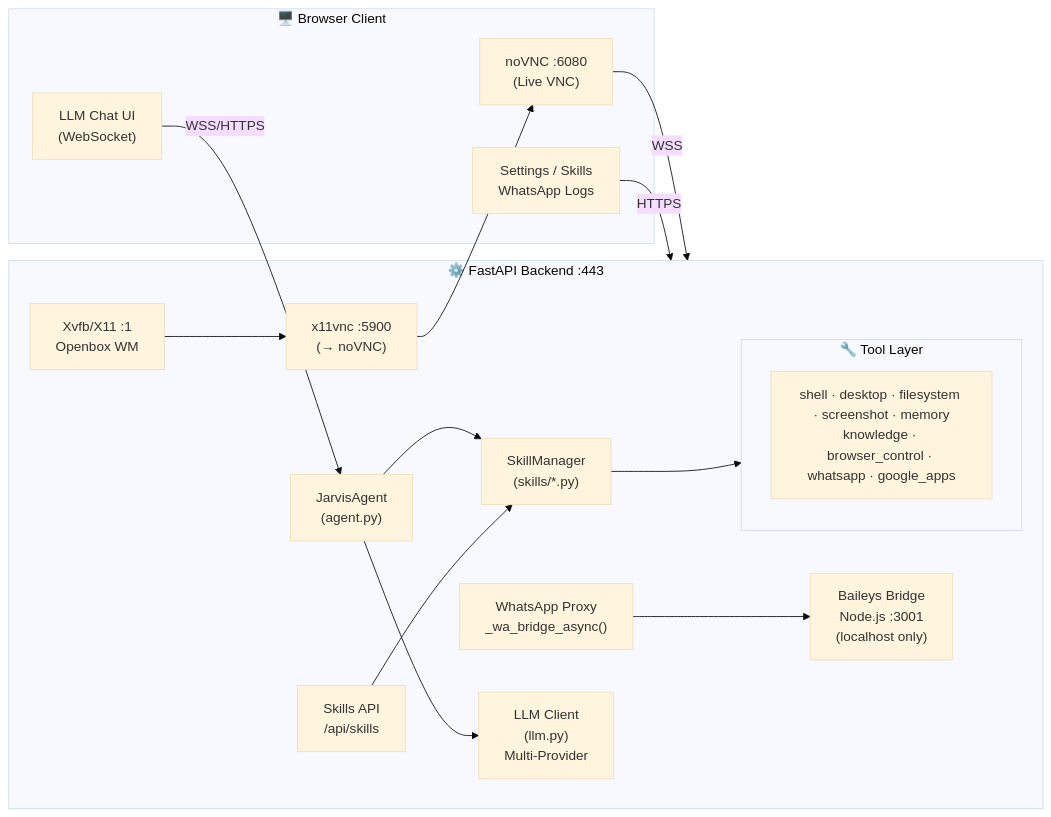
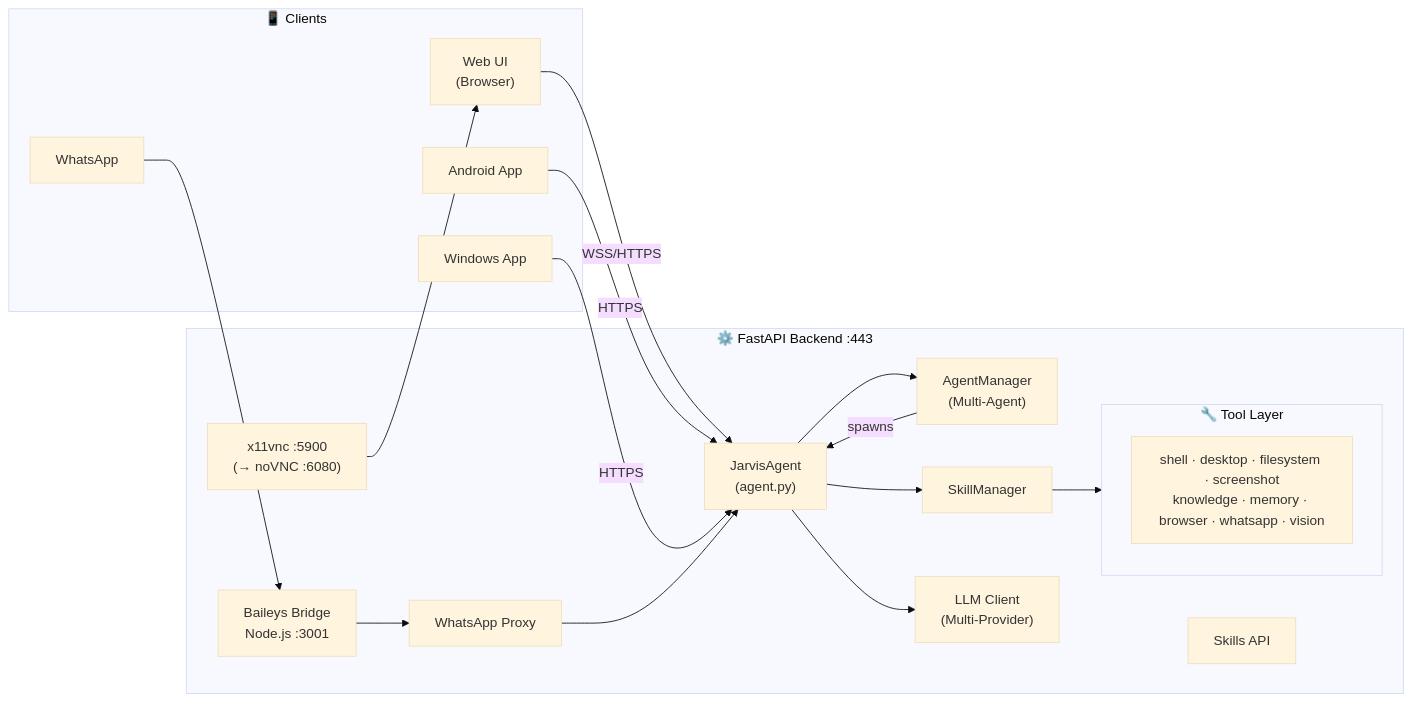
Before and after one commit to dev-core-busy/jarvis: the diagram in README.md, drawn with Mermaid (base theme). The commit also changed other lines of this file, not shown here.

````diff
--- a/README.md
+++ b/README.md
@@ -99,36 +130,36 @@
 ```mermaid
 flowchart LR
-    subgraph Browser["🖥️ Browser Client"]
-        Chat["LLM Chat UI\n(WebSocket)"]
-        NOVNC["noVNC :6080\n(Live VNC)"]
-        UI["Settings / Skills\nWhatsApp Logs"]
+    subgraph Clients["📱 Clients"]
+        WebUI["Web UI\n(Browser)"]
+        AndroidApp["Android App"]
+        WindowsApp["Windows App"]
+        WA["WhatsApp"]
     end
 
     subgraph Backend["⚙️ FastAPI Backend :443"]
         Agent["JarvisAgent\n(agent.py)"]
-        SkillsAPI["Skills API\n/api/skills"]
-        WAProxy["WhatsApp Proxy\n_wa_bridge_async()"]
-        SkillMgr["SkillManager\n(skills/*.py)"]
-        Bridge["Baileys Bridge\nNode.js :3001\n(localhost only)"]
+        AgentMgr["AgentManager\n(Multi-Agent)"]
+        SkillsAPI["Skills API"]
+        WAProxy["WhatsApp Proxy"]
+        SkillMgr["SkillManager"]
 
         subgraph Tools["🔧 Tool Layer"]
-            ToolList["shell · desktop · filesystem · screenshot · memory\nknowledge · browser_control · whatsapp · google_apps"]
+            ToolList["shell · desktop · filesystem · screenshot\nknowledge · memory · browser · whatsapp · vision"]
         end
 
-        LLM["LLM Client\n(llm.py)\nMulti-Provider"]
-        VNCServer["x11vnc :5900\n(→ noVNC)"]
-        Xvfb["Xvfb/X11 :1\nOpenbox WM"]
+        LLM["LLM Client\n(Multi-Provider)"]
+        VNCServer["x11vnc :5900\n(→ noVNC :6080)"]
+        Bridge["Baileys Bridge\nNode.js :3001"]
     end
 
-    Chat -->|WSS/HTTPS| Agent
-    NOVNC -->|WSS| Backend
-    UI -->|HTTPS| Backend
+    WebUI -->|WSS/HTTPS| Agent
+    AndroidApp -->|HTTPS| Agent
+    WindowsApp -->|HTTPS| Agent
+    WA --> Bridge --> WAProxy --> Agent
 
-    Agent --> SkillMgr
-    SkillsAPI --> SkillMgr
-    WAProxy --> Bridge
-    SkillMgr --> Tools
+    Agent --> AgentMgr
+    AgentMgr -->|spawns| Agent
+    Agent --> SkillMgr --> Tools
     Agent --> LLM
-    VNCServer --> NOVNC
-    Xvfb --> VNCServer
+    VNCServer --> WebUI
 ```
````
